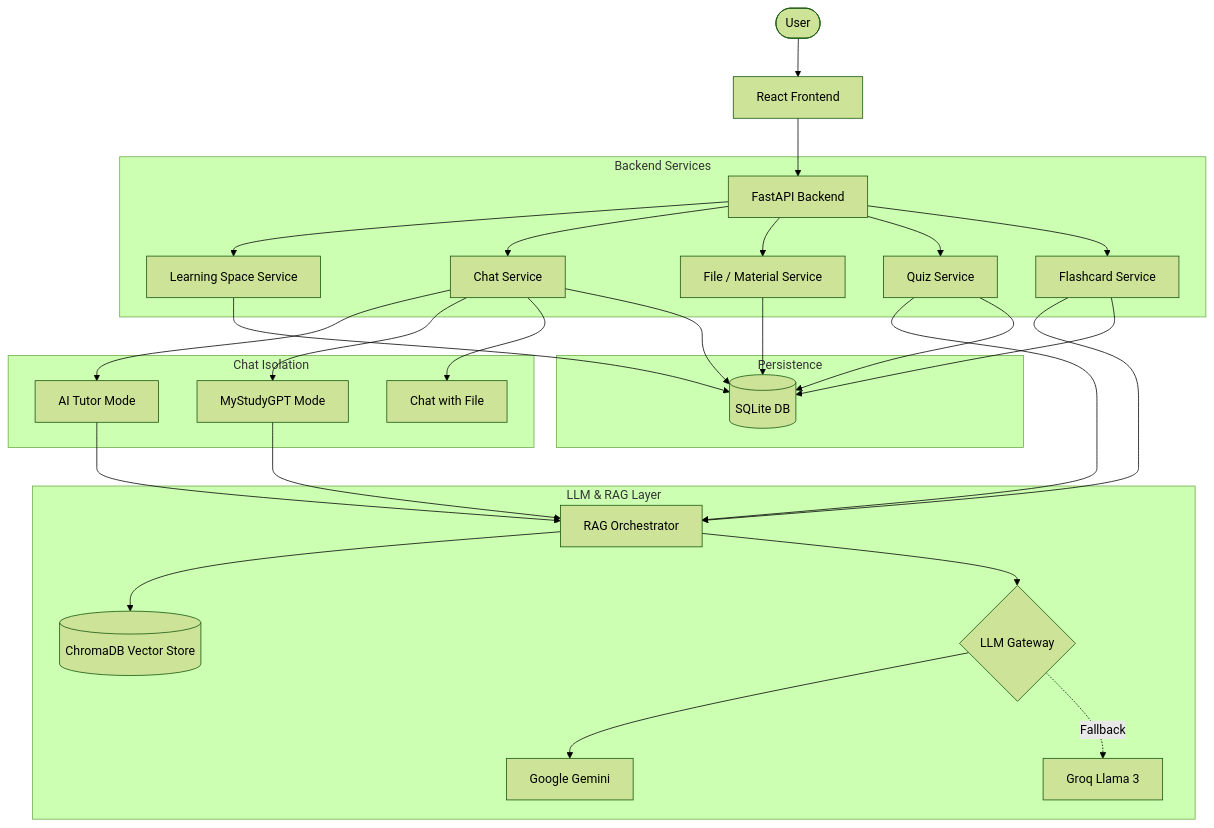
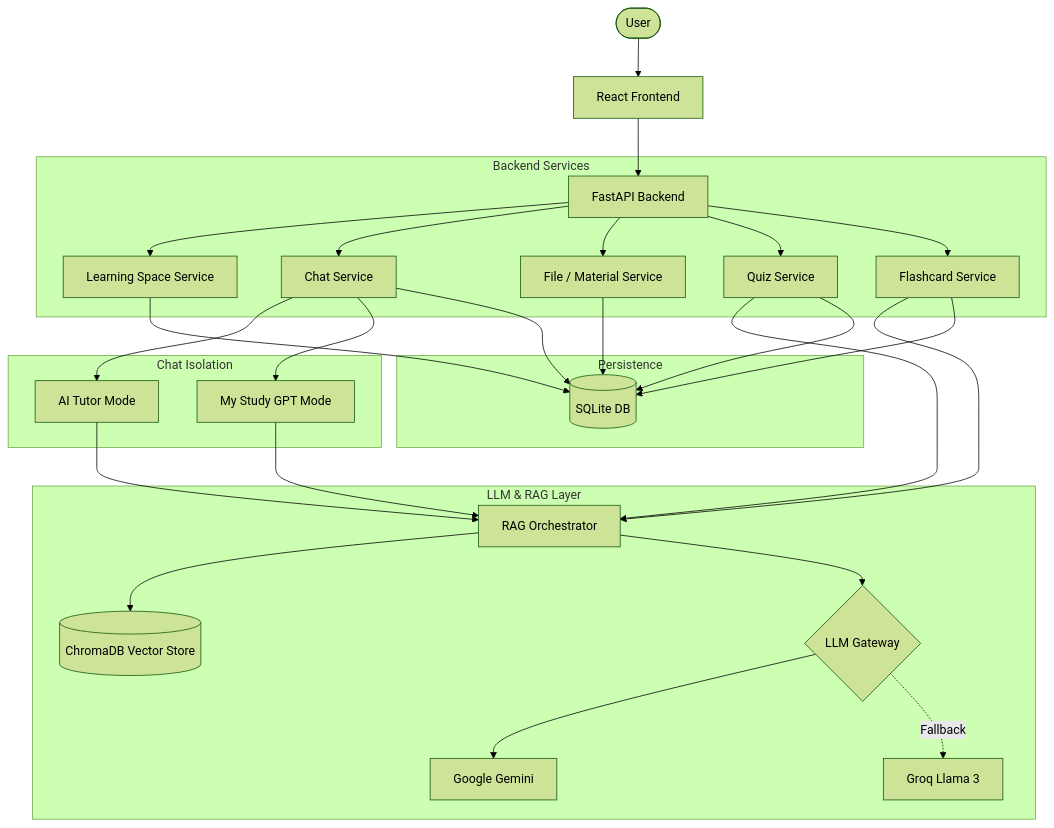
The diagram in README.md (Hariprasath1x/vinaval.AI), drawn with Mermaid (forest theme) before and after one commit. The commit also changed other lines of this file, not shown here.

````diff
--- a/README.md
+++ b/README.md
@@ -37,39 +38,38 @@
 ```mermaid
 graph TD
     User([User]) --> Frontend[React Frontend]
     Frontend --> Backend[FastAPI Backend]
 
     subgraph Backend Services
         Backend --> SpaceSvc[Learning Space Service]
         Backend --> ChatSvc[Chat Service]
         Backend --> FileSvc[File / Material Service]
         Backend --> QuizSvc[Quiz Service]
         Backend --> FlashSvc[Flashcard Service]
     end
 
     subgraph Chat Isolation
         ChatSvc --> AITutor[AI Tutor Mode]
-        ChatSvc --> MyStudyGPT[MyStudyGPT Mode]
-        ChatSvc --> ChatFile[Chat with File]
+        ChatSvc --> MyStudyGPT[My Study GPT Mode]
     end
 
     subgraph LLM & RAG Layer
         AITutor --> RAG[RAG Orchestrator]
         MyStudyGPT --> RAG
         QuizSvc --> RAG
         FlashSvc --> RAG
         RAG --> Chroma[(ChromaDB Vector Store)]
         
         RAG --> LLM{LLM Gateway}
         LLM --> Gemini[Google Gemini]
         LLM -. Fallback .-> Groq[Groq Llama 3]
     end
 
     subgraph Persistence
         SpaceSvc --> DB[(SQLite DB)]
         ChatSvc --> DB
         FileSvc --> DB
         QuizSvc --> DB
         FlashSvc --> DB
     end
 ```
````
